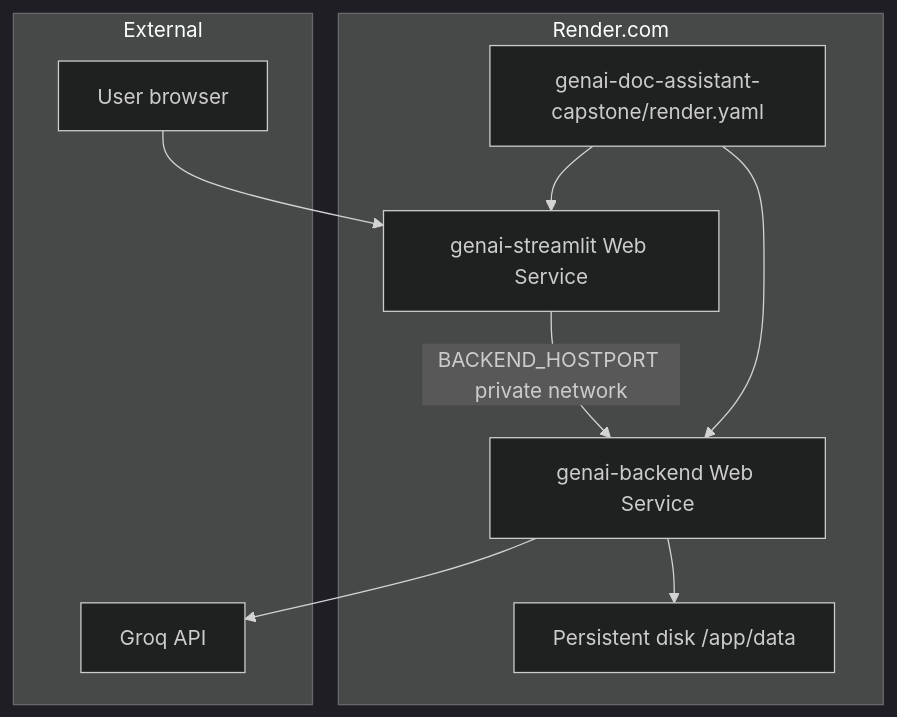
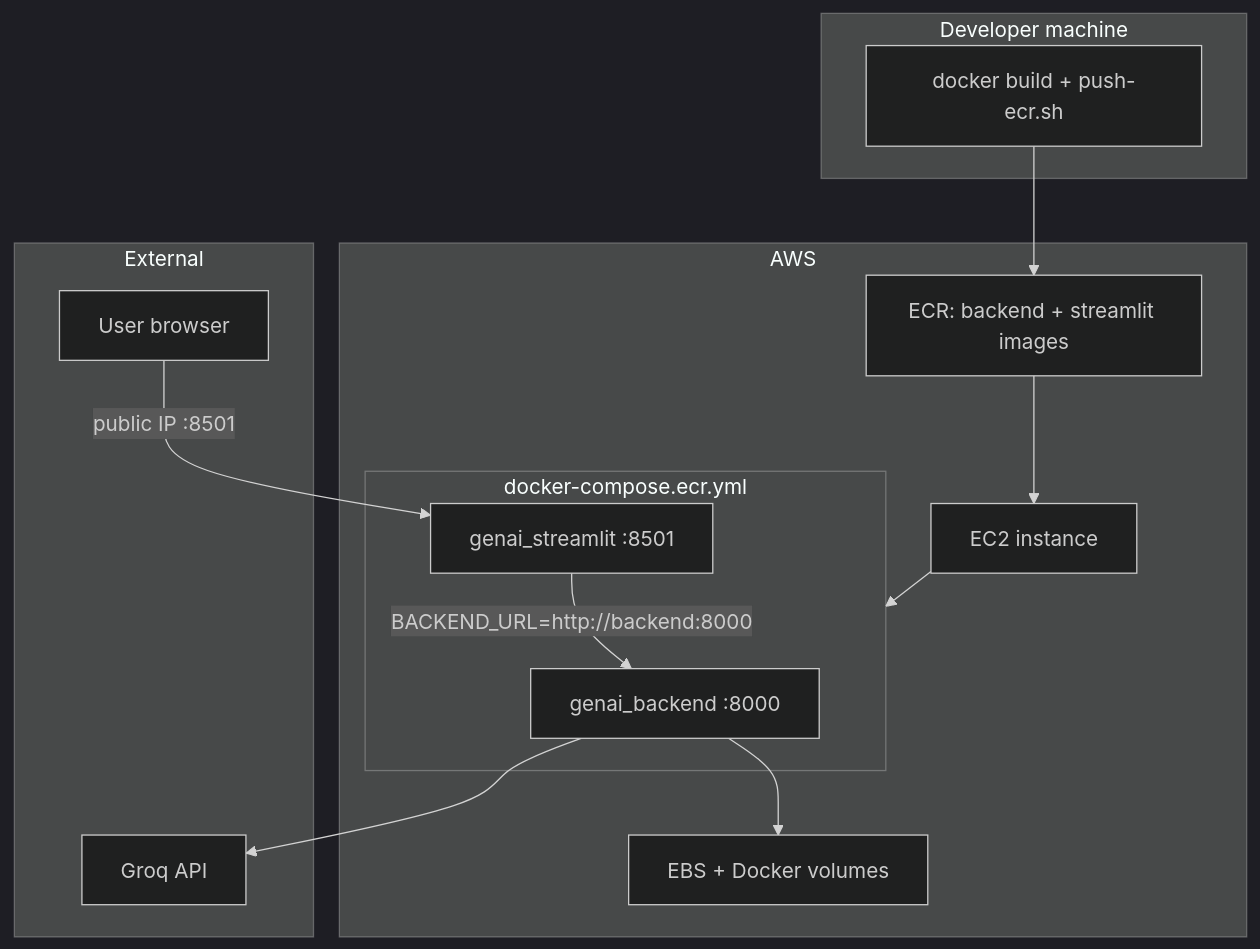
Diagram 11 of 12 in genai-doc-assistant-capstone/docs/ARCHITECTURE_DIAGRAM.md (ankit-devwork/the-learning-curve-labs), drawn with Mermaid (dark theme) before and after one commit. The commit also changed other lines of this file and 14 other files, not shown here.

First line of the commit message:
Add EC2/ECR deployment artifacts and remove Render config

````diff
--- a/genai-doc-assistant-capstone/docs/ARCHITECTURE_DIAGRAM.md
+++ b/genai-doc-assistant-capstone/docs/ARCHITECTURE_DIAGRAM.md
@@ -373,21 +375,29 @@
 ```mermaid
 flowchart TB
-    subgraph Render["Render.com"]
-        Blueprint["genai-doc-assistant-capstone/render.yaml"]
-        BE["genai-backend Web Service"]
-        ST["genai-streamlit Web Service"]
-        Disk["Persistent disk /app/data"]
+    subgraph Dev["Developer machine"]
+        Build["docker build + push-ecr.sh"]
+    end
+
+    subgraph AWS["AWS"]
+        ECR["ECR: backend + streamlit images"]
+        EC2["EC2 instance"]
+        subgraph Compose["docker-compose.ecr.yml"]
+            BE["genai_backend :8000"]
+            ST["genai_streamlit :8501"]
+        end
+        Volumes["EBS + Docker volumes"]
     end
 
     subgraph External["External"]
         Groq["Groq API"]
         User["User browser"]
     end
 
-    Blueprint --> BE
-    Blueprint --> ST
-    User --> ST
-    ST -->|"BACKEND_HOSTPORT private network"| BE
-    BE --> Disk
+    Build --> ECR
+    ECR --> EC2
+    EC2 --> Compose
+    User -->|"public IP :8501"| ST
+    ST -->|"BACKEND_URL=http://backend:8000"| BE
+    BE --> Volumes
     BE --> Groq
 ```
````
